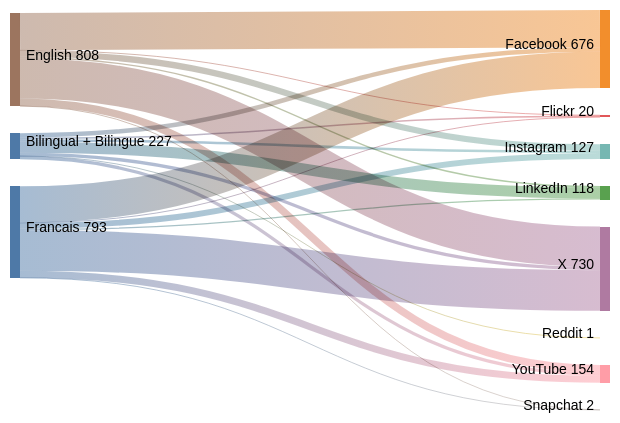
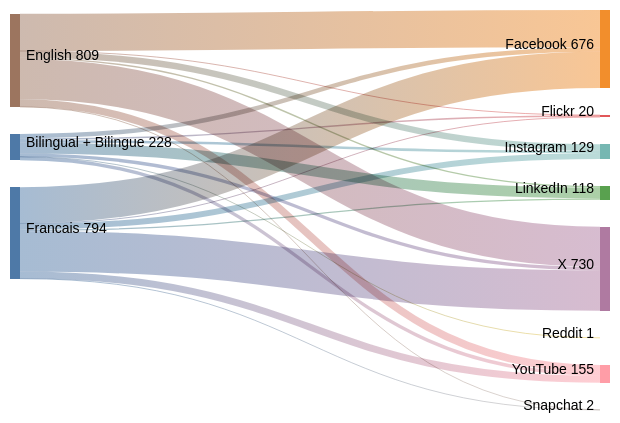
Before and after one commit to PatLittle/GC-Socials: the diagram in sankey_diagram.md, drawn with Mermaid (neutral theme).

Commit message:
Update Sankey diagram for the most recent day

````diff
--- a/sankey_diagram.md
+++ b/sankey_diagram.md
@@ -1,24 +1,24 @@
 ```mermaid
 sankey-beta
   Bilingual + Bilingue,Facebook,39
   Bilingual + Bilingue,Flickr,13
   Bilingual + Bilingue,Instagram,22
   Bilingual + Bilingue,LinkedIn,95
   Bilingual + Bilingue,Reddit,1
   Bilingual + Bilingue,X,29
-  Bilingual + Bilingue,YouTube,28
+  Bilingual + Bilingue,YouTube,29
   English,Facebook,323
   English,Flickr,4
-  English,Instagram,54
+  English,Instagram,55
   English,LinkedIn,12
   English,Snapchat,1
   English,X,349
   English,YouTube,65
   Francais,Facebook,314
   Francais,Flickr,3
-  Francais,Instagram,51
+  Francais,Instagram,52
   Francais,LinkedIn,11
   Francais,Snapchat,1
   Francais,X,352
   Francais,YouTube,61
 ```
````
